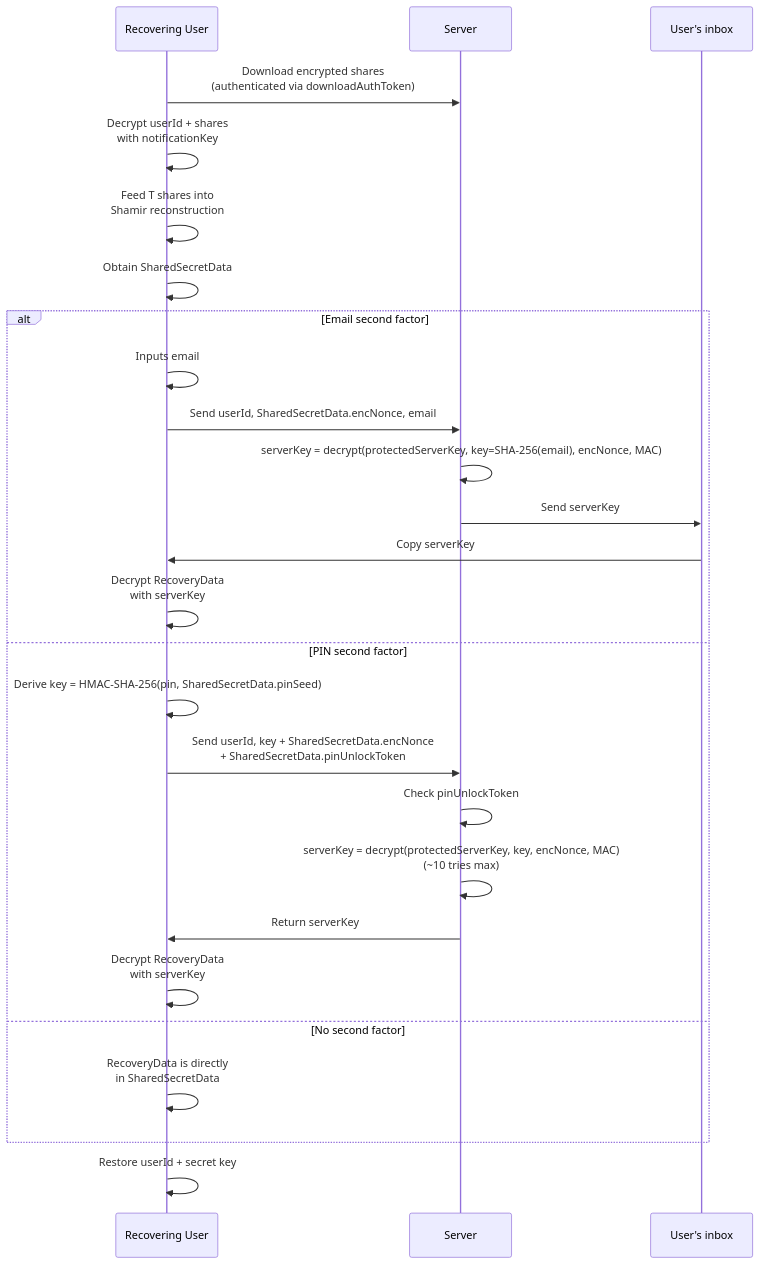
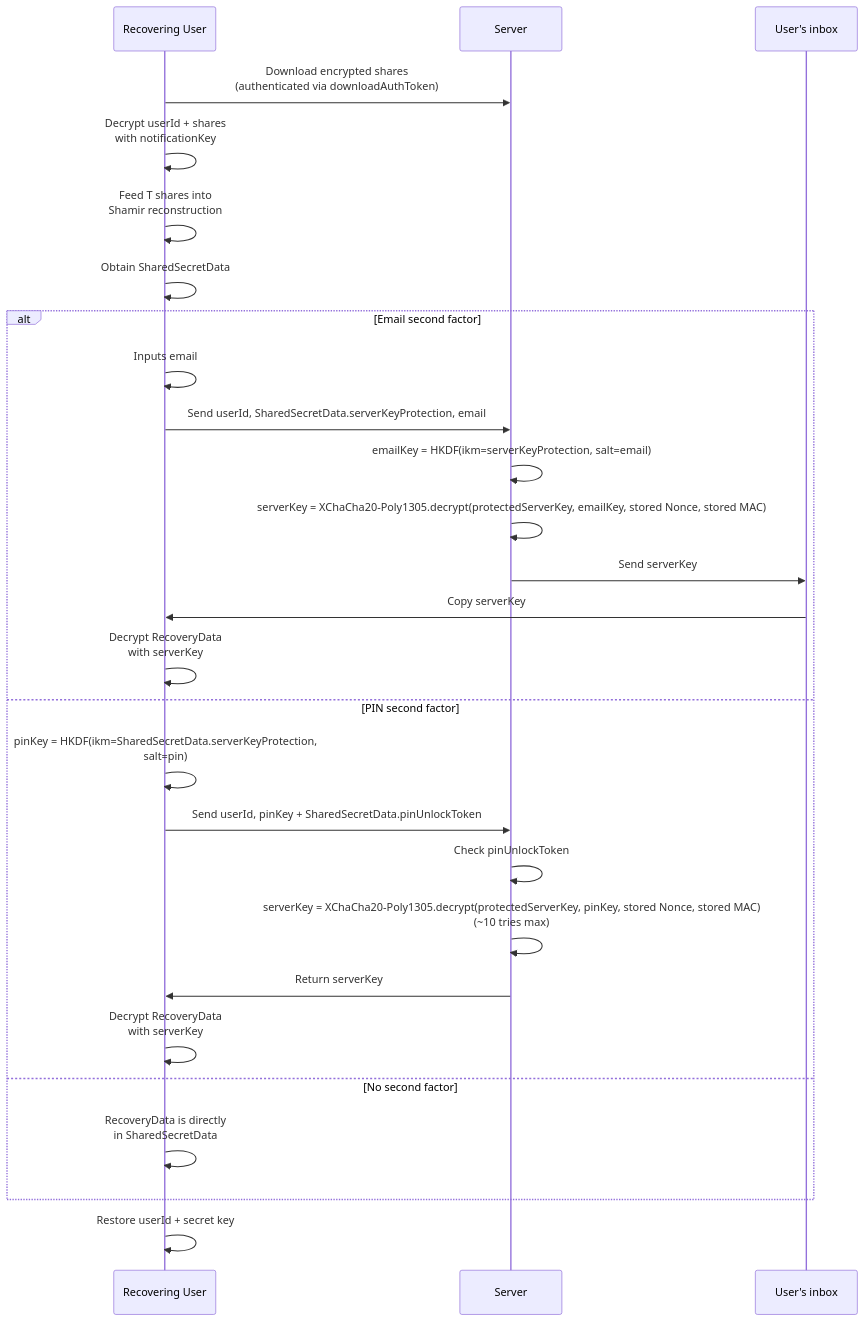
Before and after one commit to otsmr/otsmr.github.io: the third of 3 diagrams in pages/blog/2026-passwordless-recovery/index.md, drawn with Mermaid. The commit also changed other lines of this file, not shown here.

````diff
--- a/pages/blog/2026-passwordless-recovery/index.md
+++ b/pages/blog/2026-passwordless-recovery/index.md
@@ -104,31 +107,32 @@
 ```mermaid
 sequenceDiagram
     participant R as Recovering User
     participant S as Server
     participant I as User's inbox
 
     R->>S: Download encrypted shares<br/>(authenticated via downloadAuthToken)
     R->>R: Decrypt userId + shares<br/>with notificationKey
     R->>R: Feed T shares into<br/>Shamir reconstruction
     R->>R: Obtain SharedSecretData
     
     alt Email second factor
         R->>R: Inputs email
-        R->>S: Send userId, SharedSecretData.encNonce, email
-        S->>S: serverKey = decrypt(protectedServerKey, key=SHA-256(email), encNonce, MAC)
+        R->>S: Send userId, SharedSecretData.serverKeyProtection, email
+        S->>S: emailKey = HKDF(ikm=serverKeyProtection, salt=email)
+        S->>S: serverKey = XChaCha20-Poly1305.decrypt(protectedServerKey, emailKey, stored Nonce, stored MAC)
         S->>I: Send serverKey
         I->>R: Copy serverKey
         R->>R: Decrypt RecoveryData<br/>with serverKey
     else PIN second factor
-        R->>R: Derive key = HMAC-SHA-256(pin, SharedSecretData.pinSeed)
-        R->>S: Send userId, key + SharedSecretData.encNonce<br/>+ SharedSecretData.pinUnlockToken
+        R->>R: pinKey = HKDF(ikm=SharedSecretData.serverKeyProtection,<br/>salt=pin)
+        R->>S: Send userId, pinKey + SharedSecretData.pinUnlockToken
         S->>S: Check pinUnlockToken
-        S->>S: serverKey = decrypt(protectedServerKey, key, encNonce, MAC)<br/>(~10 tries max)
+        S->>S: serverKey = XChaCha20-Poly1305.decrypt(protectedServerKey, pinKey, stored Nonce, stored MAC)<br/>(~10 tries max)
         S->>R: Return serverKey
         R->>R: Decrypt RecoveryData<br/>with serverKey
     else No second factor
         R->>R: RecoveryData is directly<br/>in SharedSecretData
     end
 
     R->>R: Restore userId + secret key
 ```
````
